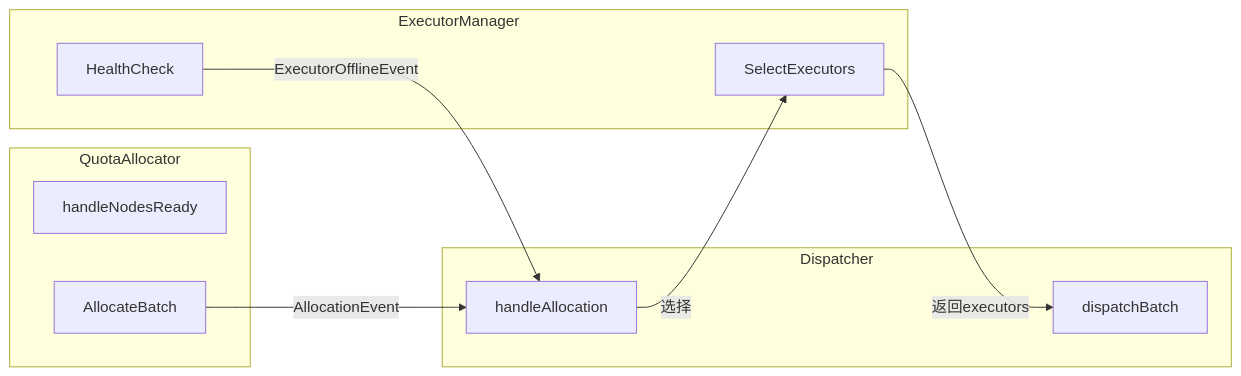
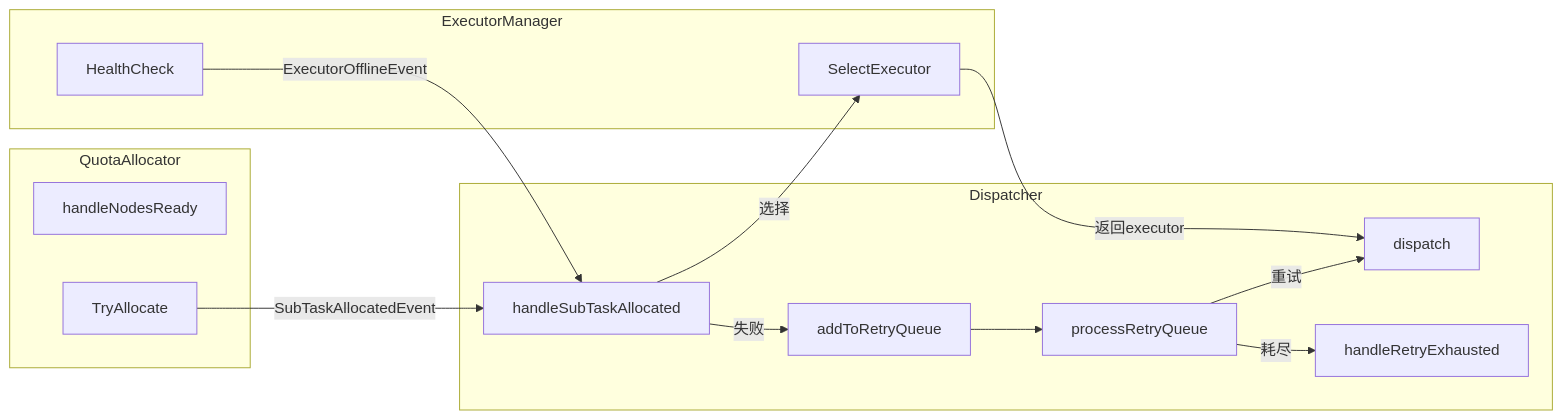
The second of 3 diagrams in docs/designs/details/scheduler/子任务分发器设计.md (njuxumq/agent-eval-server), drawn with Mermaid before and after one commit. The commit also changed other lines of this file and 15 other files, not shown here.

````diff
--- a/docs/designs/details/scheduler/子任务分发器设计.md
+++ b/docs/designs/details/scheduler/子任务分发器设计.md
@@ -413,22 +646,29 @@
 ```mermaid
 flowchart LR
     subgraph QuotaAllocator
         Q1[handleNodesReady]
-        Q2[AllocateBatch]
+        Q2[TryAllocate]
     end
 
     subgraph Dispatcher
-        D1[handleAllocation]
-        D2[dispatchBatch]
+        D1[handleSubTaskAllocated]
+        D2[dispatch]
+        D3[addToRetryQueue]
+        D4[processRetryQueue]
+        D5[handleRetryExhausted]
     end
 
     subgraph ExecutorManager
-        E1[SelectExecutors]
+        E1[SelectExecutor]
         E2[HealthCheck]
     end
 
-    Q2 -->|"AllocationEvent"| D1
+    Q2 -->|"SubTaskAllocatedEvent"| D1
     D1 -->|"选择"| E1
-    E1 -->|"返回executors"| D2
+    E1 -->|"返回executor"| D2
+    D1 -->|"失败"| D3
+    D3 --> D4
+    D4 -->|"重试"| D2
+    D4 -->|"耗尽"| D5
     E2 -->|"ExecutorOfflineEvent"| D1
 ```
````
